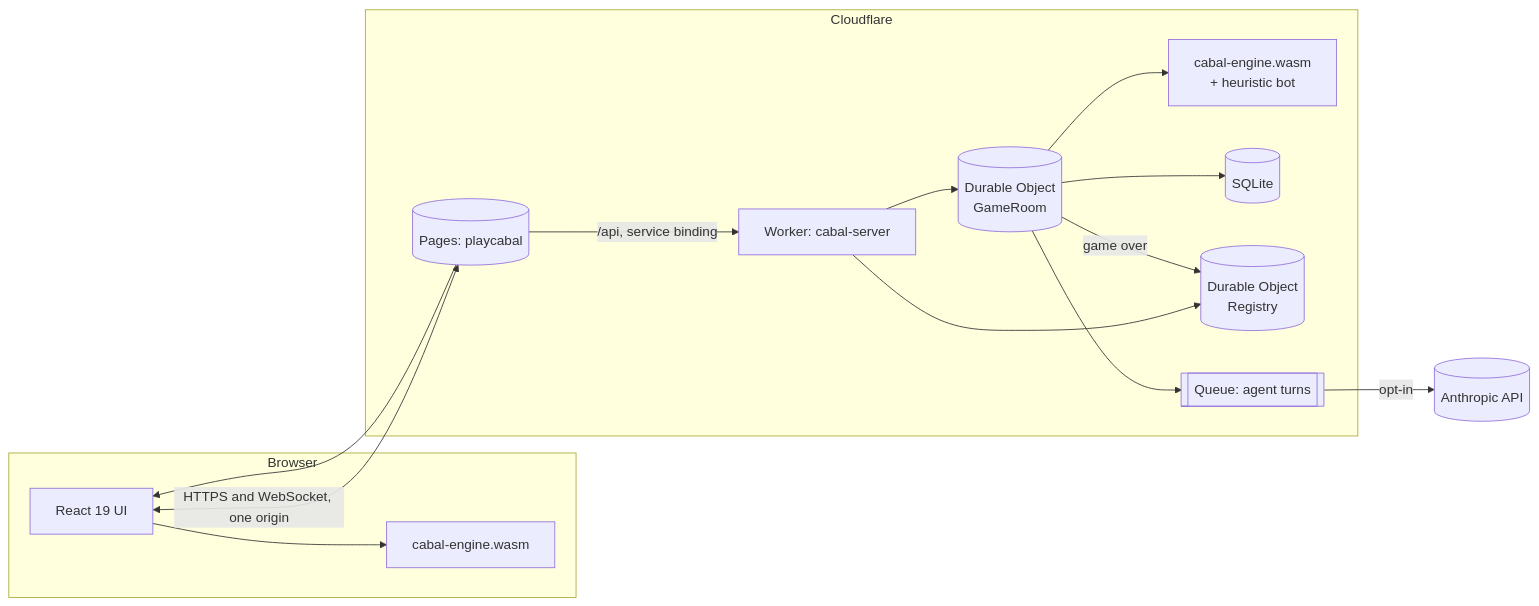
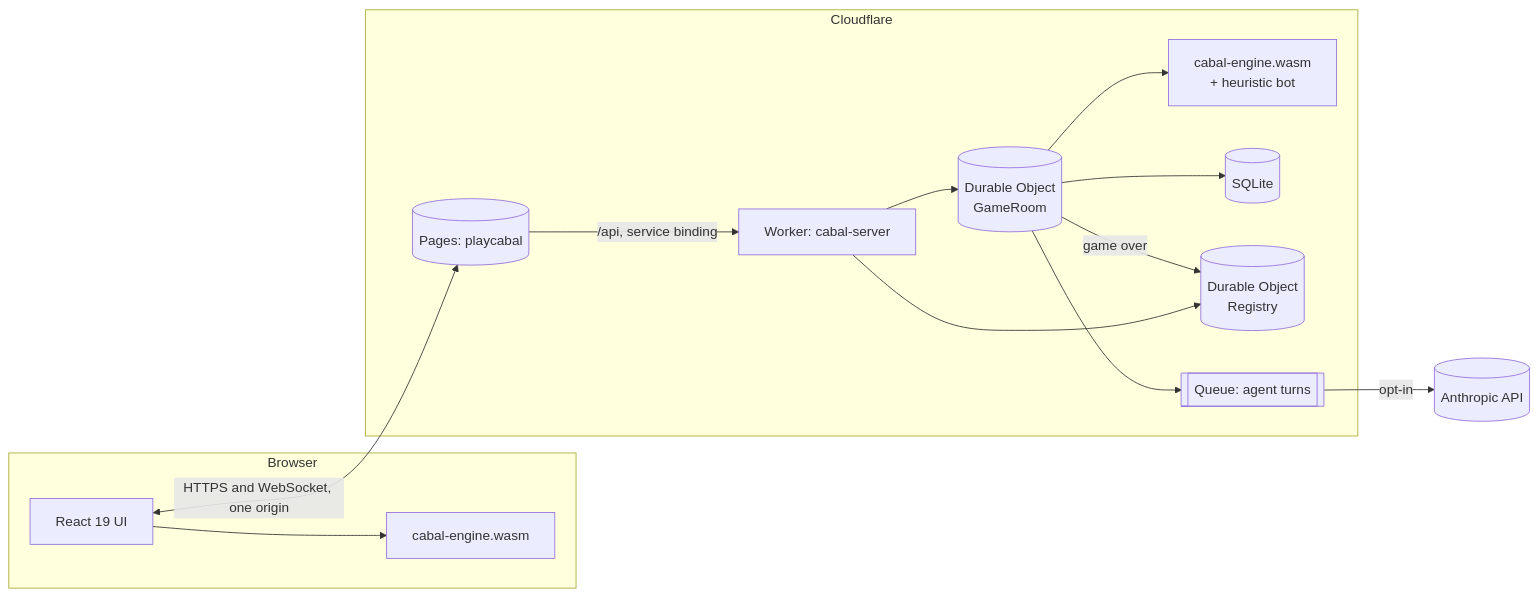
The first of 2 diagrams in README.md (KarthikSubramanian07/Cabal), drawn with Mermaid before and after one commit. The commit also changed 2 other files, not shown here.

Commit message:
docs: tidy the architecture diagrams after rendering them
Drop the duplicate Pages to UI arrows, shorten the Registry label and
the game over edge so mermaid does not clip them.

````diff
--- a/README.md
+++ b/README.md
@@ -58,27 +58,26 @@
 ```mermaid
 flowchart LR
   subgraph Browser
     UI[React 19 UI]
     W1[cabal-engine.wasm]
     UI --> W1
   end
   subgraph Cloudflare
     Pages[(Pages: playcabal)]
     API[Worker: cabal-server]
     DO[(Durable Object\nGameRoom)]
     W2[cabal-engine.wasm\n+ heuristic bot]
     SQL[(SQLite)]
     REG[(Durable Object\nRegistry)]
     Q[[Queue: agent turns]]
     DO --> W2
     DO --> SQL
     Pages -->|/api, service binding| API
     API --> DO
     API --> REG
     DO -->|game over| REG
     DO --> Q
   end
-  Pages --> UI
   UI <-->|HTTPS and WebSocket, one origin| Pages
   Q -->|opt-in| Claude[(Anthropic API)]
 ```
````
